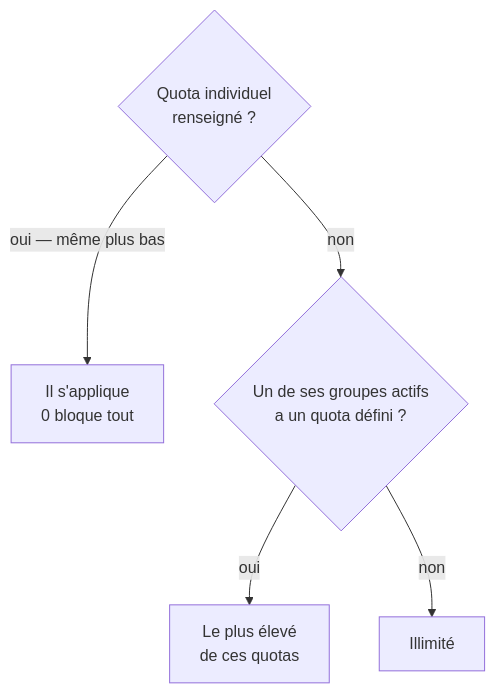
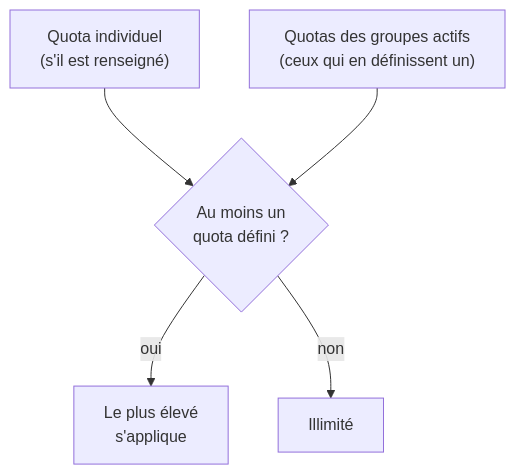
The diagram in docs/user/admin/credits/fixer-les-quotas.md (MyAlfred-ai/mia), drawn with Mermaid before and after one commit. The commit also changed other lines of this file and 754 other files, not shown here.

````diff
--- a/docs/user/admin/credits/fixer-les-quotas.md
+++ b/docs/user/admin/credits/fixer-les-quotas.md
@@ -42,9 +47,9 @@
 ```mermaid
 flowchart TB
   accTitle: Quel quota s'applique
-  accDescr: Le quota individuel, s'il est renseigné, s'applique toujours, même plus bas que ceux des groupes, et zéro bloque tout. Sinon, le plus élevé des quotas définis parmi les groupes actifs. Sinon, illimité.
-  A{"Quota individuel<br>renseigné ?"} -- "oui — même plus bas" --> I["Il s'applique<br>0 bloque tout"]
-  A -- "non" --> B{"Un de ses groupes actifs<br>a un quota défini ?"}
-  B -- "oui" --> M["Le plus élevé<br>de ces quotas"]
-  B -- "non" --> L["Illimité"]
+  accDescr: MIA réunit le quota individuel, s'il est renseigné, et les quotas définis des groupes actifs. S'il y en a au moins un, le plus élevé s'applique. Sinon, illimité.
+  A["Quota individuel<br>(s'il est renseigné)"] --> R{"Au moins un<br>quota défini ?"}
+  G["Quotas des groupes actifs<br>(ceux qui en définissent un)"] --> R
+  R -- "oui" --> M["Le plus élevé<br>s'applique"]
+  R -- "non" --> L["Illimité"]
 ```
````
